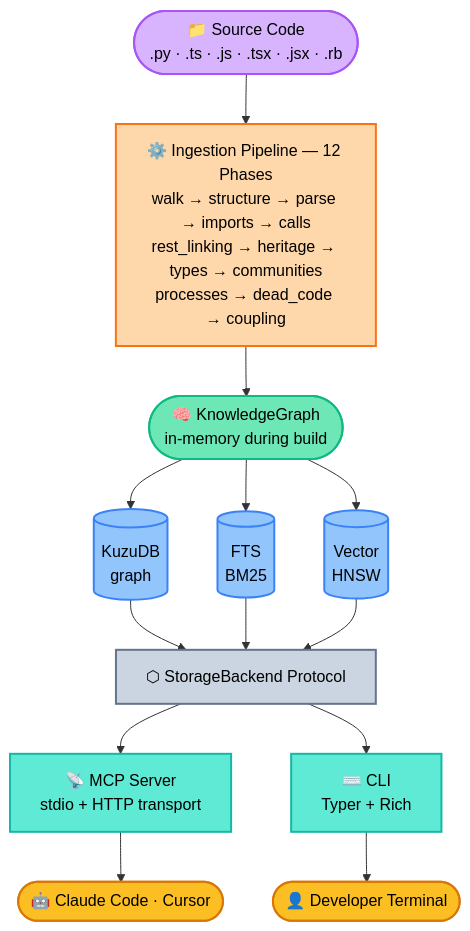
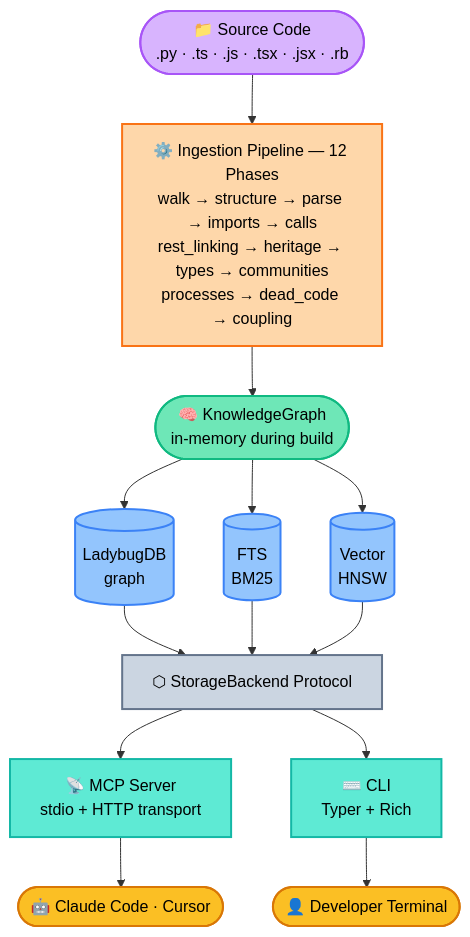
The second of 2 diagrams in README.md (scanadi/synaptiq), drawn with Mermaid before and after one commit. The commit also changed other lines of this file and 2 other files, not shown here.

First line of the commit message:
docs: point storage references at LadybugDB (W2.7)

````diff
--- a/README.md
+++ b/README.md
@@ -569,48 +573,48 @@
 ```mermaid
 flowchart TB
     SRC(["📁 Source Code<br/>.py · .ts · .js · .tsx · .jsx · .rb"])
 
     PIPELINE["⚙️ Ingestion Pipeline — 12 Phases<br/>walk → structure → parse → imports → calls<br/>rest_linking → heritage → types → communities<br/>processes → dead_code → coupling"]
 
     KG(["🧠 KnowledgeGraph<br/>in-memory during build"])
 
-    KUZU[(KuzuDB<br/>graph)]
+    KUZU[(LadybugDB<br/>graph)]
     FTS[(FTS<br/>BM25)]
     VEC[(Vector<br/>HNSW)]
 
     PROTO["⬡ StorageBackend Protocol"]
 
     MCP_OUT["📡 MCP Server<br/>stdio + HTTP transport"]
     CLI_OUT["⌨️ CLI<br/>Typer + Rich"]
 
     CLAUDE(["🤖 Claude Code · Cursor"])
     DEV(["👤 Developer Terminal"])
 
     SRC --> PIPELINE --> KG
     KG --> KUZU
     KG --> FTS
     KG --> VEC
     KUZU --> PROTO
     FTS --> PROTO
     VEC --> PROTO
     PROTO --> MCP_OUT
     PROTO --> CLI_OUT
     MCP_OUT --> CLAUDE
     CLI_OUT --> DEV
 
     classDef source fill:#d8b4fe,stroke:#a855f7,color:#000,stroke-width:2px
     classDef pipeline fill:#fed7aa,stroke:#f97316,color:#000,stroke-width:2px
     classDef kg fill:#6ee7b7,stroke:#10b981,color:#000,stroke-width:2px
     classDef store fill:#93c5fd,stroke:#3b82f6,color:#000,stroke-width:2px
     classDef proto fill:#cbd5e1,stroke:#64748b,color:#000,stroke-width:2px
     classDef iface fill:#5eead4,stroke:#14b8a6,color:#000,stroke-width:2px
     classDef user fill:#fbbf24,stroke:#d97706,color:#000,stroke-width:2px
 
     class SRC source
     class PIPELINE pipeline
     class KG kg
     class KUZU,FTS,VEC store
     class PROTO proto
     class MCP_OUT,CLI_OUT iface
     class CLAUDE,DEV user
 ```
````
